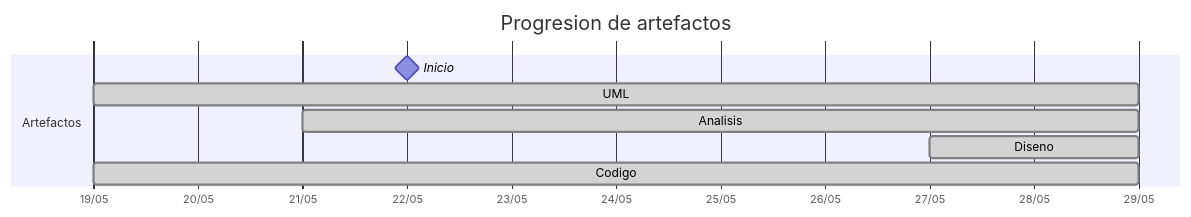
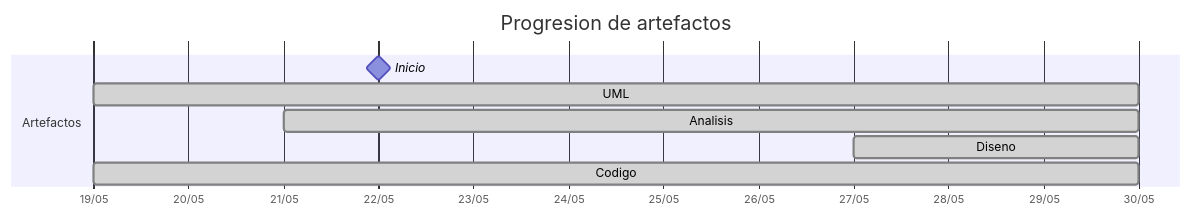
The diagram in TIMELINES/martinlopez7.md (carlos-alvarado-25/25-26-idsw2-sdVC), drawn with Mermaid before and after one commit. The commit also changed other lines of this file and 3 other files, not shown here.

````diff
--- a/TIMELINES/martinlopez7.md
+++ b/TIMELINES/martinlopez7.md
@@ -22,12 +22,12 @@
 ```mermaid
 gantt
     title Progresion de artefactos
     dateFormat YYYY-MM-DD
     axisFormat %d/%m
     section Artefactos
         Inicio       :milestone, 2026-05-22, 0d
-        UML          :done, 2026-05-19, 2026-05-29
-        Analisis     :done, 2026-05-21, 2026-05-29
-        Diseno       :done, 2026-05-27, 2026-05-29
-        Codigo       :done, 2026-05-19, 2026-05-29
+        UML          :done, 2026-05-19, 2026-05-30
+        Analisis     :done, 2026-05-21, 2026-05-30
+        Diseno       :done, 2026-05-27, 2026-05-30
+        Codigo       :done, 2026-05-19, 2026-05-30
 ```
````
